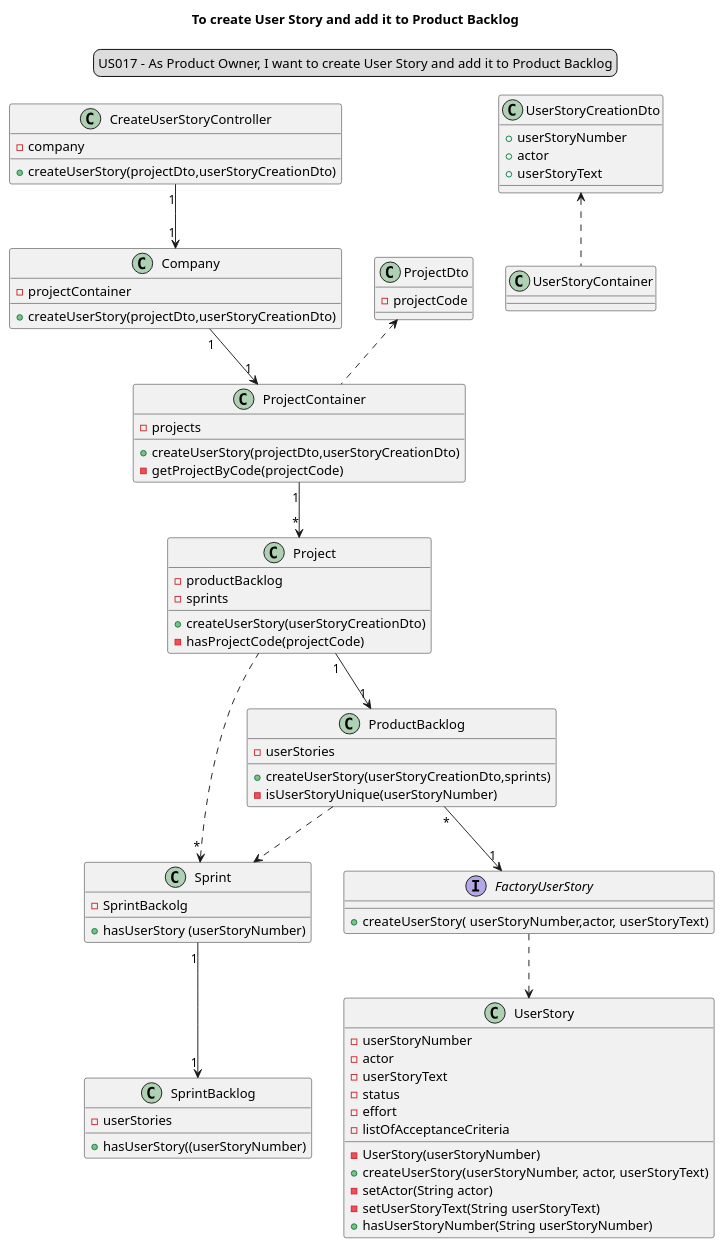
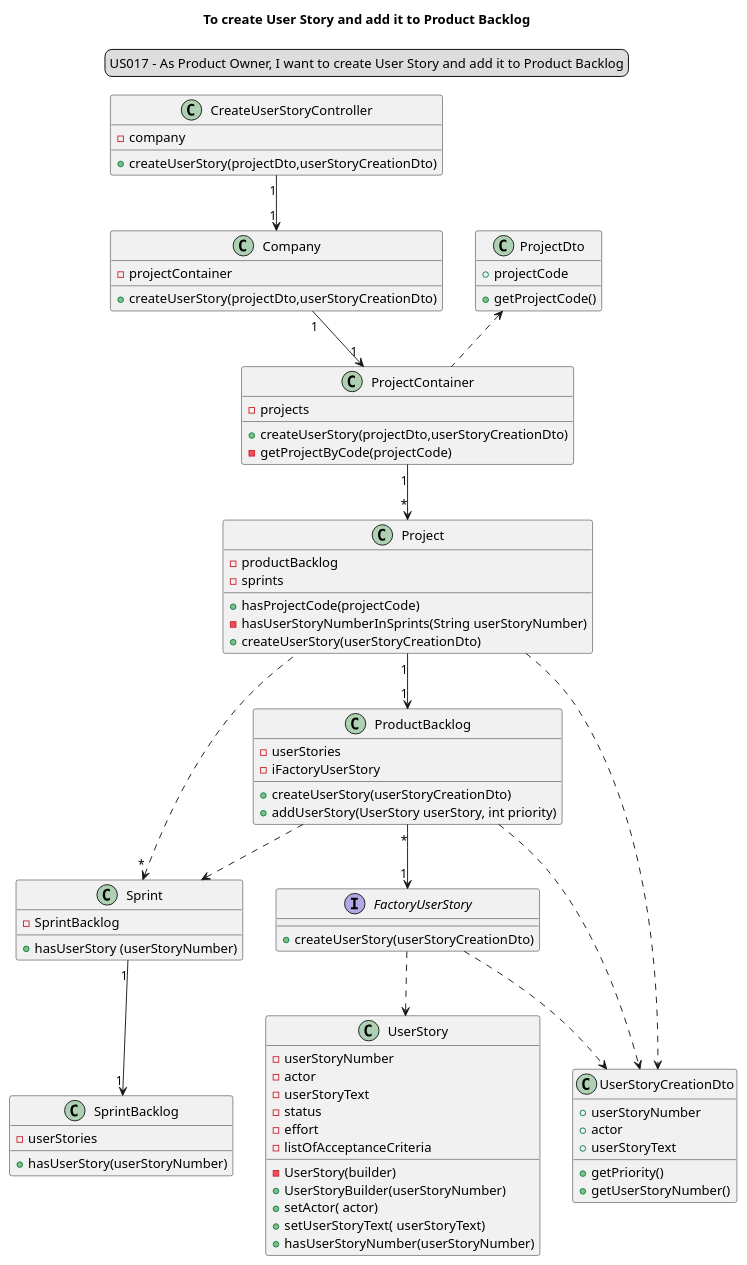
One commit to Loracline/project_switch_22-23 changed the diagram in docs/modelling_design/user_stories/sprint03/us017/US017_classDiagram.puml. Above: the diagram before and after it, drawn with PlantUML. The commit also changed 1 other file, not shown here.

Commit message:
US017: design: update sequence diagram and class diagram addresses #94

```diff
--- a/docs/modelling_design/user_stories/sprint03/us017/US017_classDiagram.puml
+++ b/docs/modelling_design/user_stories/sprint03/us017/US017_classDiagram.puml
@@ -1,86 +1,96 @@
 @startuml
 'https://plantuml.com/sequence-diagram
 legend top
 US017 - As Product Owner, I want to create User Story and add it to Product Backlog
 end legend
 skinparam sequenceMessageAlign center
 title To create User Story and add it to Product Backlog
 
 class "CreateUserStoryController" {
 - company
 + createUserStory(projectDto,userStoryCreationDto)
 }
 
 class "Company" {
 - projectContainer
 + createUserStory(projectDto,userStoryCreationDto)
 }
 
 
 class "ProjectContainer" {
 - projects
 + createUserStory(projectDto,userStoryCreationDto)
 -getProjectByCode(projectCode)
 }
 
 class "Project"{
 - productBacklog
 - sprints
++ hasProjectCode(projectCode)
+- hasUserStoryNumberInSprints(String userStoryNumber)
 + createUserStory(userStoryCreationDto)
-- hasProjectCode(projectCode)
+
 
 }
 class "Sprint"{
--SprintBackolg
+-SprintBacklog
 +hasUserStory (userStoryNumber)
 }
 
 class "SprintBacklog"{
 -userStories
-+hasUserStory((userStoryNumber)
++hasUserStory(userStoryNumber)
 }
 
 class "ProductBacklog" {
 - userStories
-+ createUserStory(userStoryCreationDto,sprints)
-- isUserStoryUnique(userStoryNumber)
+-iFactoryUserStory
++ createUserStory(userStoryCreationDto)
++ addUserStory(UserStory userStory, int priority)
 }
 class "UserStory"{
 - userStoryNumber
 - actor
 - userStoryText
 - status
 - effort
 - listOfAcceptanceCriteria
--UserStory(userStoryNumber)
-+ createUserStory(userStoryNumber, actor, userStoryText)
-- setActor(String actor)
-- setUserStoryText(String userStoryText)
-+ hasUserStoryNumber(String userStoryNumber)
+-UserStory(builder)
++UserStoryBuilder(userStoryNumber)
++setActor( actor)
++setUserStoryText( userStoryText)
++hasUserStoryNumber(userStoryNumber)
 }
 
 
 interface "FactoryUserStory" {
-+ createUserStory( userStoryNumber,actor, userStoryText)
++ createUserStory(userStoryCreationDto)
 }
 class "UserStoryCreationDto"{
 +userStoryNumber
 +actor
 +userStoryText
++getPriority()
++getUserStoryNumber()
 }
 class "ProjectDto"{
--projectCode
++projectCode
++getProjectCode()
+
 }
 
 "CreateUserStoryController""1"-->"1" "Company"
 "Company" "1"--> "1" "ProjectContainer"
 "ProjectContainer" "1"-->"*" "Project"
 "Project" "1" -->"1" "ProductBacklog"
 "Sprint" "*"<.. "Project"
 "ProductBacklog" "*" --> "1""FactoryUserStory"
 "FactoryUserStory" ..> "UserStory"
 "ProjectDto"<.. "ProjectContainer"
-"UserStoryCreationDto"<.."UserStoryContainer"
 "ProductBacklog" ..> "Sprint"
 "Sprint" "1"-->"1" "SprintBacklog"
+"Project" ..> "UserStoryCreationDto"
+"ProductBacklog" ..> "UserStoryCreationDto"
+"FactoryUserStory" ..> "UserStoryCreationDto"
+
 @enduml
```
